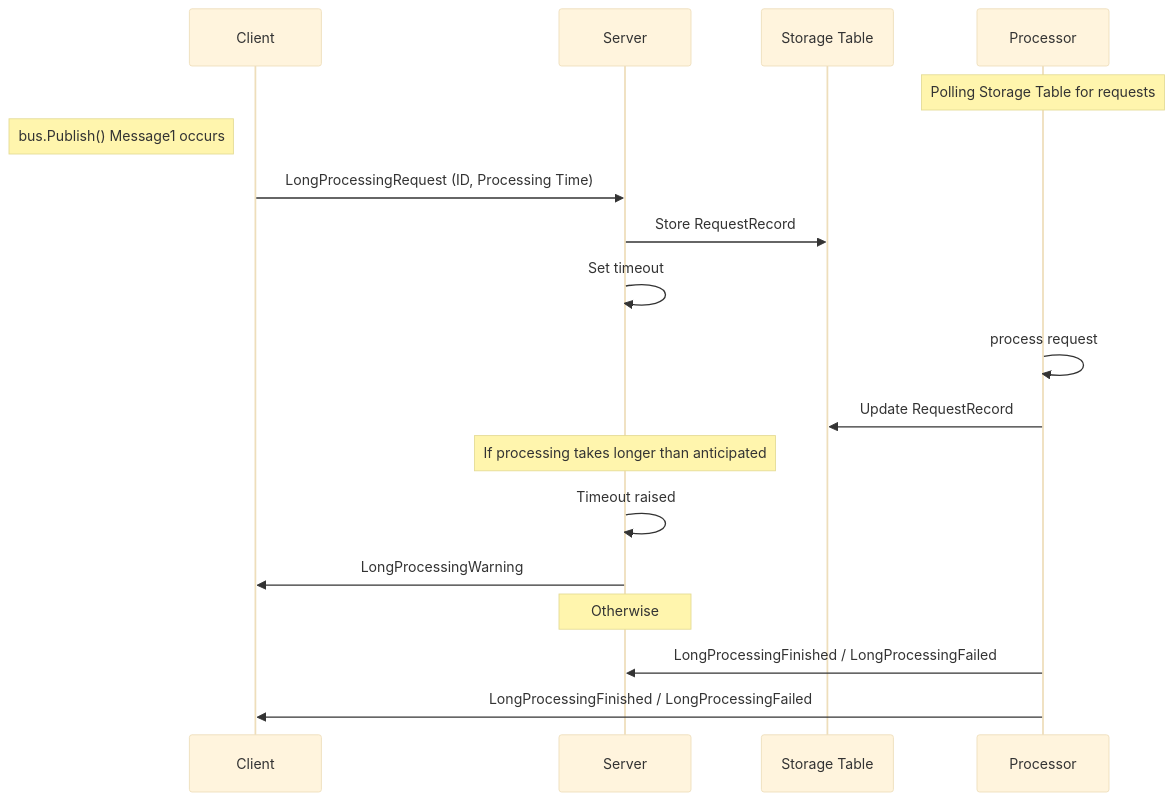
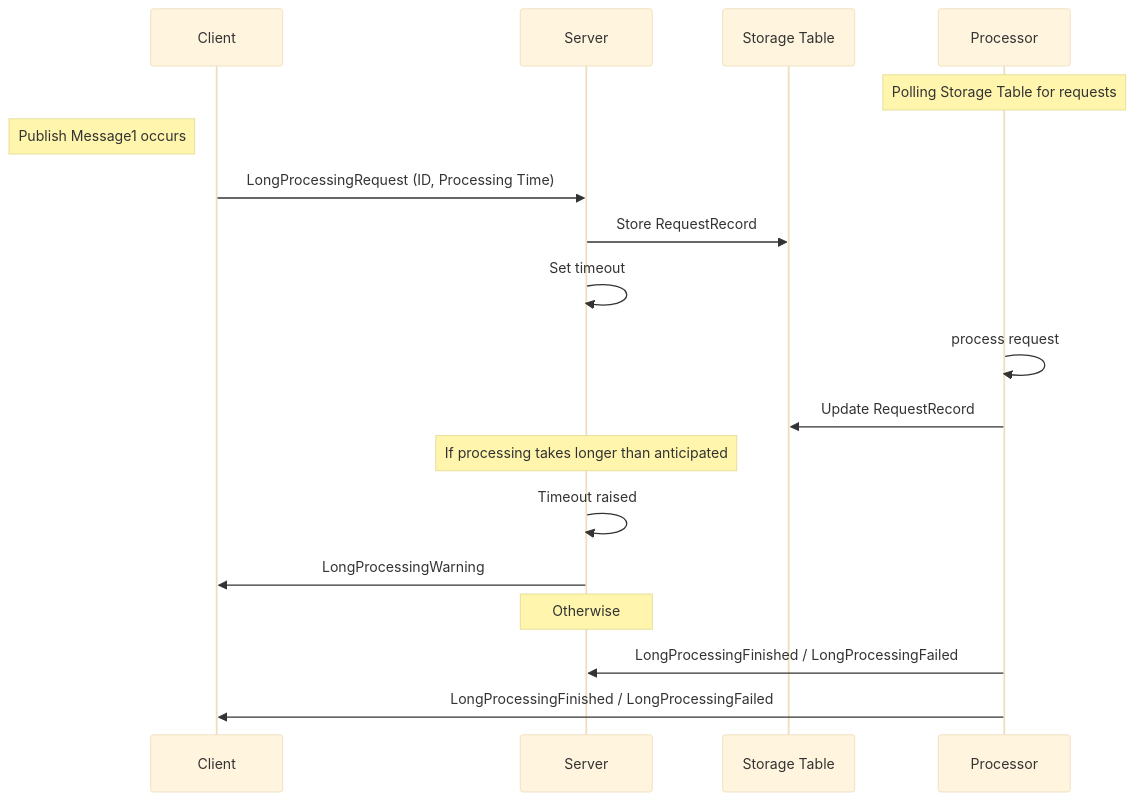
One commit to Particular/docs.particular.net changed the diagram in samples/azure/azure-service-bus-long-running/sample.md. Above: the diagram before and after it, drawn with Mermaid (base theme). The commit also changed 1 other file, not shown here.

Commit message:
remove "bus"

````diff
--- a/samples/azure/azure-service-bus-long-running/sample.md
+++ b/samples/azure/azure-service-bus-long-running/sample.md
@@ -29,20 +29,20 @@
 ```mermaid
 sequenceDiagram
 Participant Client
 Participant Server
 Participant Storage Table
 Note over Processor: Polling Storage Table for requests
 Participant Processor
-Note left of Client: bus.Publish() Message1 occurs
+Note left of Client: Publish Message1 occurs
 Client ->> Server: LongProcessingRequest (ID, Processing Time)
 Server ->> Storage Table: Store RequestRecord
 Server ->> Server: Set timeout
 Processor ->> Processor: process request
 Processor ->> Storage Table: Update RequestRecord
 Note over Server: If processing takes longer than anticipated
 Server ->> Server: Timeout raised
 Server ->> Client: LongProcessingWarning
 Note over Server: Otherwise
 Processor ->> Server: LongProcessingFinished / LongProcessingFailed
 Processor ->> Client: LongProcessingFinished / LongProcessingFailed
 ```
````
